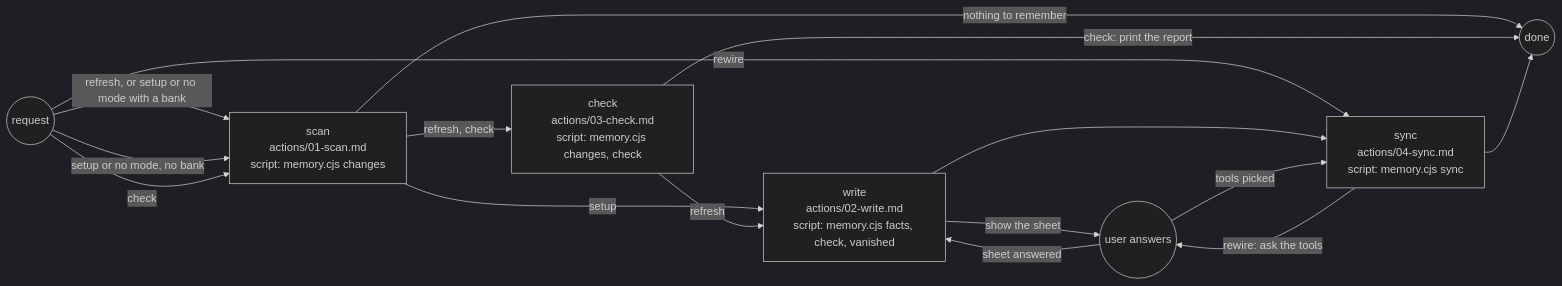
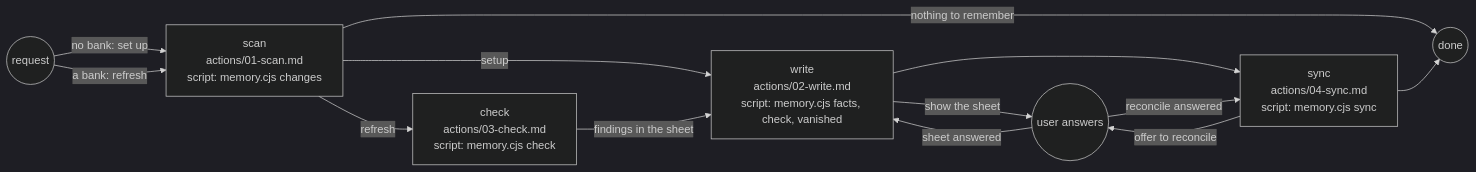
The diagram in plugins/aidd-context/skills/02-project-memory/SKILL.md (ai-driven-dev/framework), drawn with Mermaid (dark theme) before and after one commit. The commit also changed other lines of this file and 19 other files, not shown here.

````diff
--- a/plugins/aidd-context/skills/02-project-memory/SKILL.md
+++ b/plugins/aidd-context/skills/02-project-memory/SKILL.md
@@ -11,18 +11,15 @@
 ```mermaid
 flowchart LR
-  request((request)) -->|"refresh, or setup or no mode with a bank"| scan["scan<br>actions/01-scan.md<br>script: memory.cjs changes"]
-  request -->|"setup or no mode, no bank"| scan
-  request -->|"check"| scan
-  request -->|"rewire"| sync["sync<br>actions/04-sync.md<br>script: memory.cjs sync"]
+  request((request)) -->|"no bank: set up"| scan["scan<br>actions/01-scan.md<br>script: memory.cjs changes"]
+  request -->|"a bank: refresh"| scan
   scan -->|"setup"| write["write<br>actions/02-write.md<br>script: memory.cjs facts, check, vanished"]
-  scan -->|"refresh, check"| check["check<br>actions/03-check.md<br>script: memory.cjs changes, check"]
+  scan -->|"refresh"| check["check<br>actions/03-check.md<br>script: memory.cjs check"]
   scan -->|"nothing to remember"| done((done))
-  check -->|"refresh"| write
-  check -->|"check: print the report"| done
+  check -->|"findings in the sheet"| write
   write -->|"show the sheet"| user((user answers))
   user -->|"sheet answered"| write
   write --> sync
-  sync -->|"rewire: ask the tools"| user
-  user -->|"tools picked"| sync
+  sync["sync<br>actions/04-sync.md<br>script: memory.cjs sync"] -->|"offer to reconcile"| user
+  user -->|"reconcile answered"| sync
   sync --> done
 ```
````
